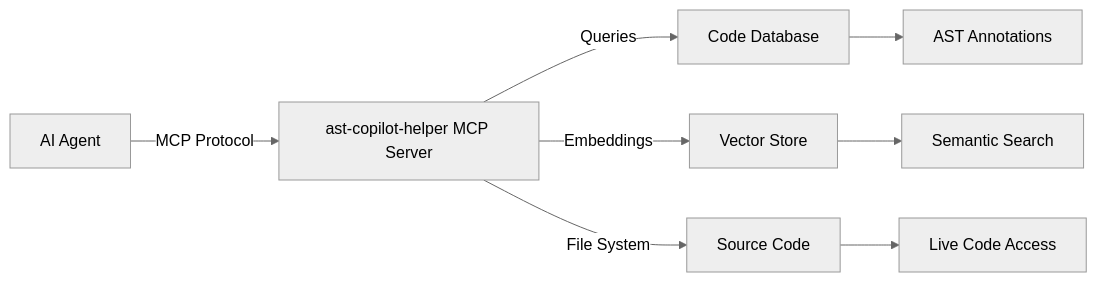
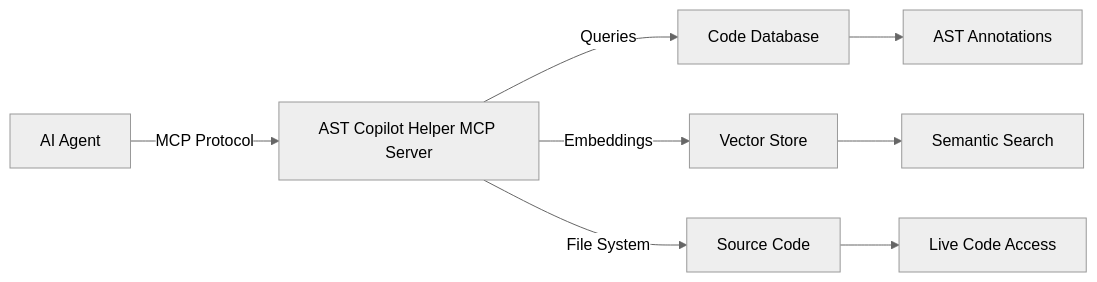
One commit to EvanDodds/ast-copilot-helper changed the diagram in docs/guide/ai-integration.md. Above: the diagram before and after it, drawn with Mermaid (neutral theme). The commit also changed other lines of this file and 48 other files, not shown here.

````diff
--- a/docs/guide/ai-integration.md
+++ b/docs/guide/ai-integration.md
@@ -31,11 +31,11 @@
 ```mermaid
 graph LR
-    A[AI Agent] -->|MCP Protocol| B[ast-copilot-helper MCP Server]
+    A[AI Agent] -->|MCP Protocol| B[AST Copilot Helper MCP Server]
     B -->|Queries| C[Code Database]
     B -->|Embeddings| D[Vector Store]
     B -->|File System| E[Source Code]
 
     C --> F[AST Annotations]
     D --> G[Semantic Search]
     E --> H[Live Code Access]
 ```
````
